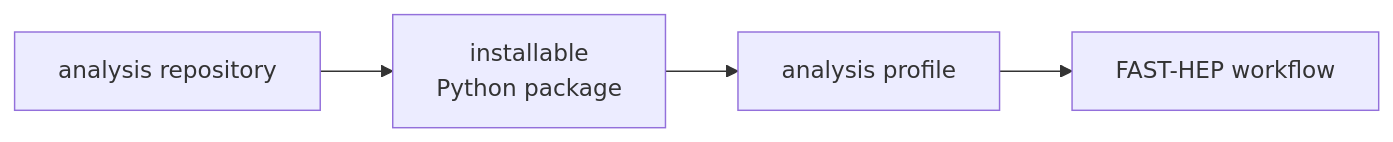
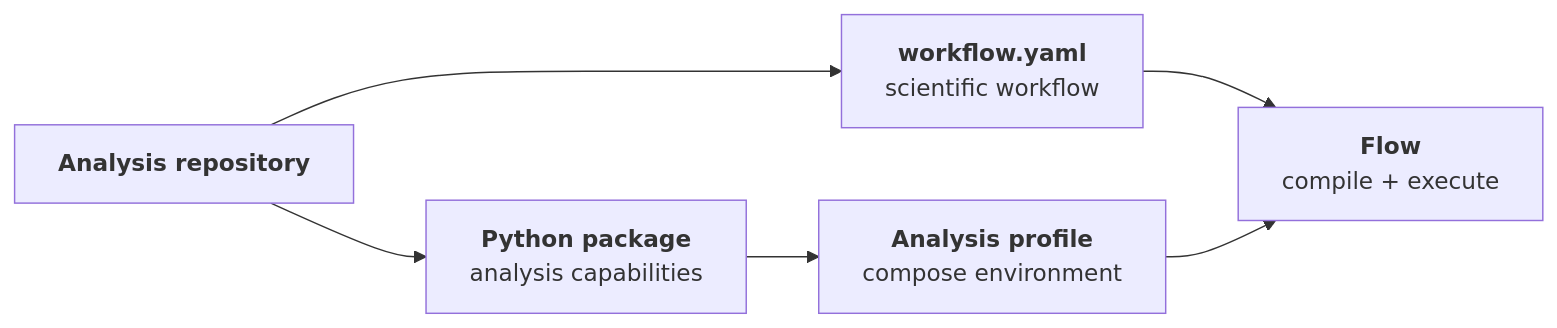
The first of 3 diagrams in content/concepts/analysis-repositories.md (FAST-HEP/fast-hep.github.io), drawn with Mermaid before and after one commit. The commit also changed other lines of this file and 6 other files, not shown here.

````diff
--- a/content/concepts/analysis-repositories.md
+++ b/content/concepts/analysis-repositories.md
@@ -20,11 +22,14 @@
 ```mermaid
 flowchart LR
-    Analysis["analysis repository"]
-    Package["installable<br/>Python package"]
-    Profile["analysis profile"]
-    Workflow["FAST-HEP workflow"]
+    Repository["<b>Analysis repository</b>"]:::input
+    Workflow["<b>workflow.yaml</b><br/>scientific workflow"]:::input
+    Package["<b>Python package</b><br/>analysis capabilities"]:::capability
+    Profile["<b>Analysis profile</b><br/>compose environment"]:::capability
+    Flow["<b>Flow</b><br/>compile + execute"]:::flow
 
-    Analysis --> Package
+    Repository --> Workflow
+    Repository --> Package
     Package --> Profile
-    Profile --> Workflow
+    Workflow --> Flow
+    Profile --> Flow
 ```
````
